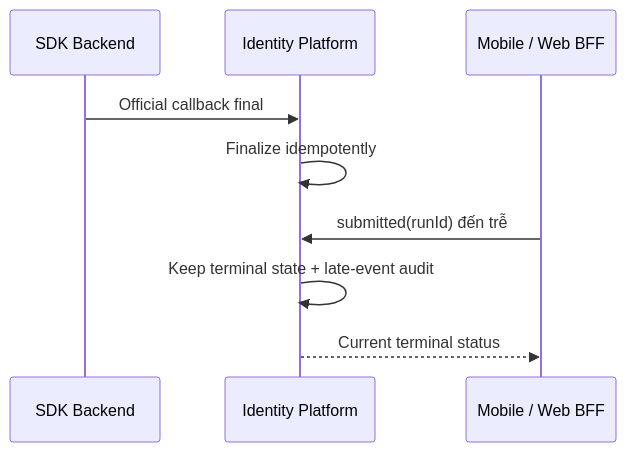
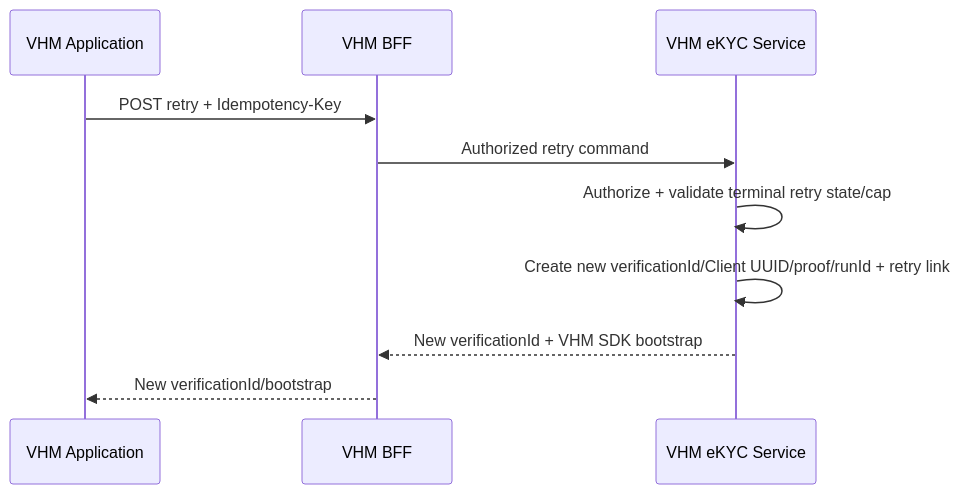
Diagram 15 of 18 in tdd2.md (huynv-xyz/vhm), drawn with Mermaid before and after one commit. The commit also changed other lines of this file, not shown here.

````diff
--- a/tdd2.md
+++ b/tdd2.md
@@ -1649,11 +1342,12 @@
 ```mermaid
 sequenceDiagram
-    participant BACKEND as SDK Backend
-    participant IV as Identity Platform
-    participant CLIENT as Mobile / Web BFF
-    BACKEND->>IV: Official callback final
-    IV->>IV: Finalize idempotently
-    CLIENT->>IV: submitted(runId) đến trễ
-    IV->>IV: Keep terminal state + late-event audit
-    IV-->>CLIENT: Current terminal status
+    participant APP as VHM Application
+    participant BFF as VHM BFF
+    participant EKYC_SERVICE as VHM eKYC Service
+    APP->>BFF: POST retry + Idempotency-Key
+    BFF->>EKYC_SERVICE: Authorized retry command
+    EKYC_SERVICE->>EKYC_SERVICE: Authorize + validate terminal retry state/cap
+    EKYC_SERVICE->>EKYC_SERVICE: Create new verificationId/Client UUID/proof/runId + retry link
+    EKYC_SERVICE-->>BFF: New verificationId + VHM SDK bootstrap
+    BFF-->>APP: New verificationId/bootstrap
 ```
````
